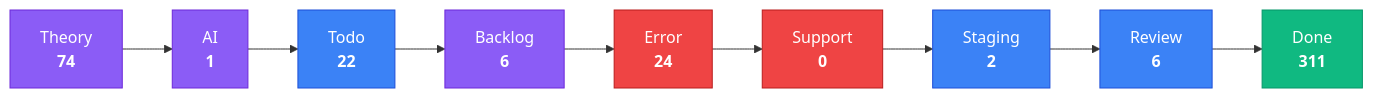
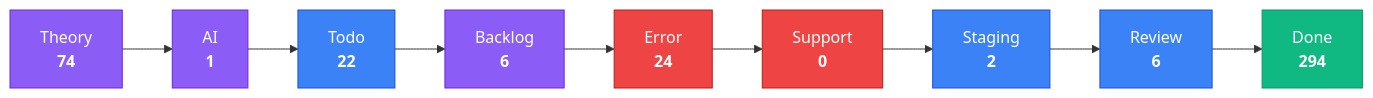
The third of 4 diagrams in apps/kbve/astro-kbve/src/content/docs/dashboard/kanban-data.mdx (KBVE/kbve), drawn with Mermaid before and after one commit. The commit also changed other lines of this file and 7 other files, not shown here.

````diff
--- a/apps/kbve/astro-kbve/src/content/docs/dashboard/kanban-data.mdx
+++ b/apps/kbve/astro-kbve/src/content/docs/dashboard/kanban-data.mdx
@@ -80,28 +80,28 @@
 ```mermaid
 flowchart LR
     classDef planning fill:#8b5cf6,stroke:#6d28d9,color:#fff
     classDef active fill:#3b82f6,stroke:#1d4ed8,color:#fff
     classDef blocked fill:#ef4444,stroke:#b91c1c,color:#fff
     classDef done fill:#10b981,stroke:#059669,color:#fff
     Theory["Theory<br/><strong>74</strong>"]
     Theory --> AI
     AI["AI<br/><strong>1</strong>"]
     AI --> Todo
     Todo["Todo<br/><strong>22</strong>"]
     Todo --> Backlog
     Backlog["Backlog<br/><strong>6</strong>"]
     Backlog --> Error
     Error["Error<br/><strong>24</strong>"]
     Error --> Support
     Support["Support<br/><strong>0</strong>"]
     Support --> Staging
     Staging["Staging<br/><strong>2</strong>"]
     Staging --> Review
     Review["Review<br/><strong>6</strong>"]
     Review --> Done
-    Done["Done<br/><strong>311</strong>"]
+    Done["Done<br/><strong>294</strong>"]
     class Theory,AI,Backlog planning
     class Todo,Staging,Review active
     class Error,Support blocked
     class Done done
 ```
````
